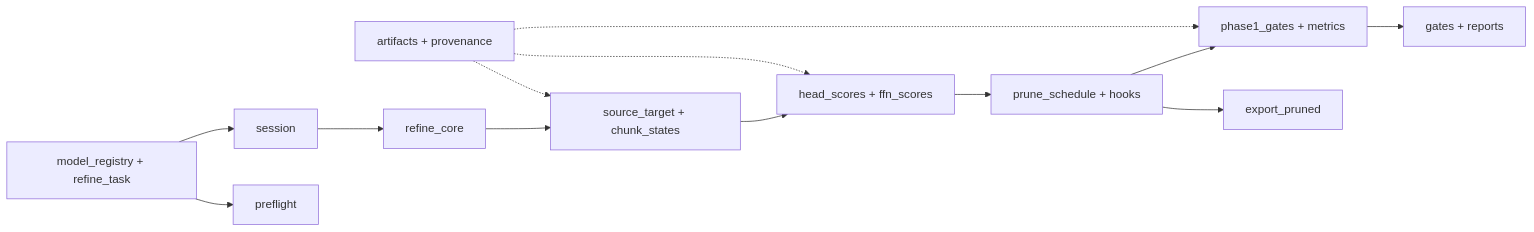
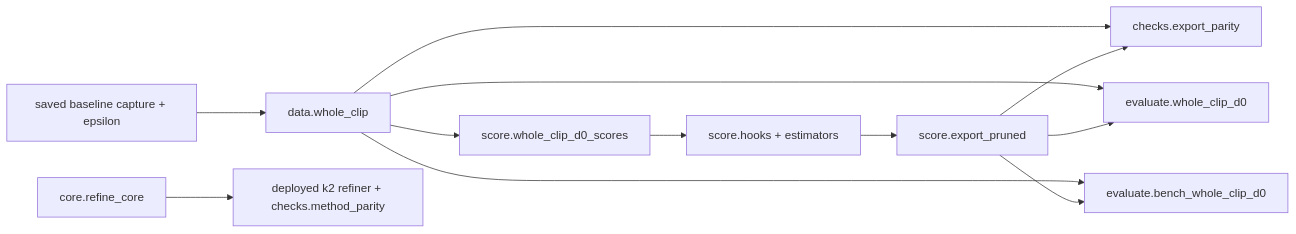
The diagram in scripts/prune/doc/README.md (AtlantixJJ/LTX-2), drawn with Mermaid before and after one commit. The commit also changed other lines of this file and 56 other files, not shown here.

First line of the commit message:
feat(prune,core): add shape-faithful pruning support, whole-clip D0 pipeline, and prune estimators

````diff
--- a/scripts/prune/doc/README.md
+++ b/scripts/prune/doc/README.md
@@ -11,15 +17,14 @@
 ```mermaid
 flowchart LR
-  R[model_registry + refine_task] --> S[session]
-  R --> P[preflight]
-  S --> C[refine_core]
-  C --> D[source_target + chunk_states]
-  D --> H[head_scores + ffn_scores]
-  H --> M[prune_schedule + hooks]
-  M --> E[phase1_gates + metrics]
-  E --> G[gates + reports]
-  M --> X[export_pruned]
-  A[artifacts + provenance] -.-> D
-  A -.-> H
-  A -.-> E
+  B[saved baseline capture + epsilon] --> I[data.whole_clip]
+  I --> S[score.whole_clip_d0_scores]
+  S --> M[score.hooks + estimators]
+  M --> X[score.export_pruned]
+  I --> P[checks.export_parity]
+  X --> P
+  I --> E[evaluate.whole_clip_d0]
+  X --> E
+  I --> T[evaluate.bench_whole_clip_d0]
+  X --> T
+  K[core.refine_core] --> D[deployed k2 refiner + checks.method_parity]
 ```
````
